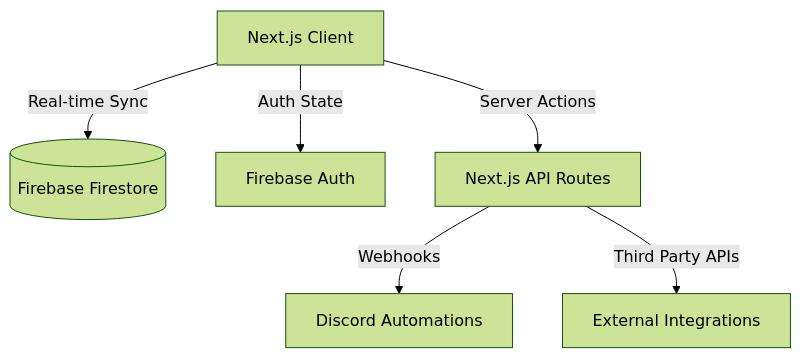
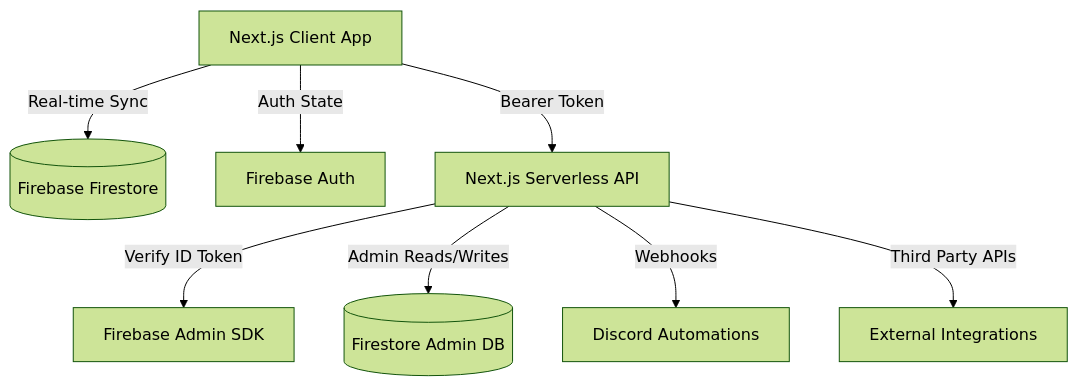
The diagram in README.md (Mints-ai/ERP), drawn with Mermaid (forest theme) before and after one commit. The commit also changed other lines of this file and 6 other files, not shown here.

````diff
--- a/README.md
+++ b/README.md
@@ -67,8 +76,10 @@
 ```mermaid
 graph TD;
-    Client[Next.js Client] -->|Real-time Sync| Firestore[(Firebase Firestore)];
+    Client[Next.js Client App] -->|Real-time Sync| Firestore[(Firebase Firestore)];
     Client -->|Auth State| FirebaseAuth[Firebase Auth];
-    Client -->|Server Actions| NextAPI[Next.js API Routes];
+    Client -->|Bearer Token| NextAPI[Next.js Serverless API];
+    NextAPI -->|Verify ID Token| AdminAuth[Firebase Admin SDK];
+    NextAPI -->|Admin Reads/Writes| AdminDb[(Firestore Admin DB)];
     NextAPI -->|Webhooks| Discord[Discord Automations];
     NextAPI -->|Third Party APIs| External[External Integrations];
 ```
````
